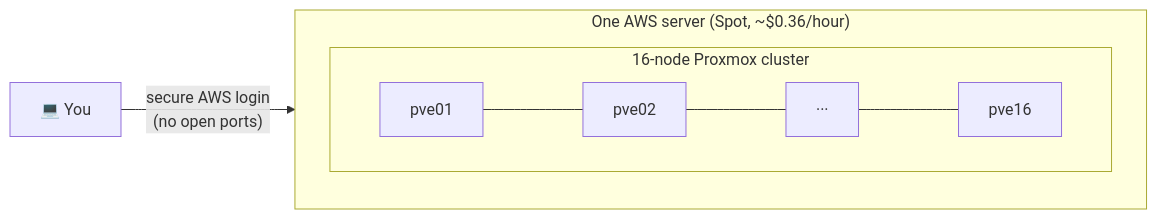
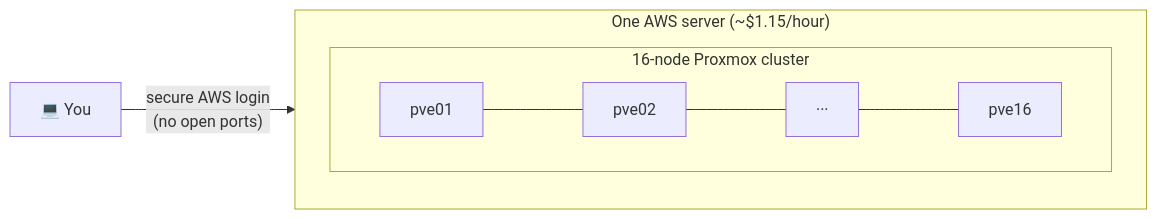
One commit to gkoufie1/proxmox-nested-lab-on-aws changed the diagram in README.md. Above: the diagram before and after it, drawn with Mermaid. The commit also changed other lines of this file and 5 other files, not shown here.

````diff
--- a/README.md
+++ b/README.md
@@ -11,9 +11,9 @@
 ```mermaid
 flowchart LR
   you["💻 You"] -- "secure AWS login<br/>(no open ports)" --> host
-  subgraph host["One AWS server (Spot, ~$0.36/hour)"]
+  subgraph host["One AWS server (~$1.15/hour)"]
     subgraph cluster["16-node Proxmox cluster"]
       n1["pve01"] --- n2["pve02"] --- dots["···"] --- n16["pve16"]
     end
   end
 ```
````
